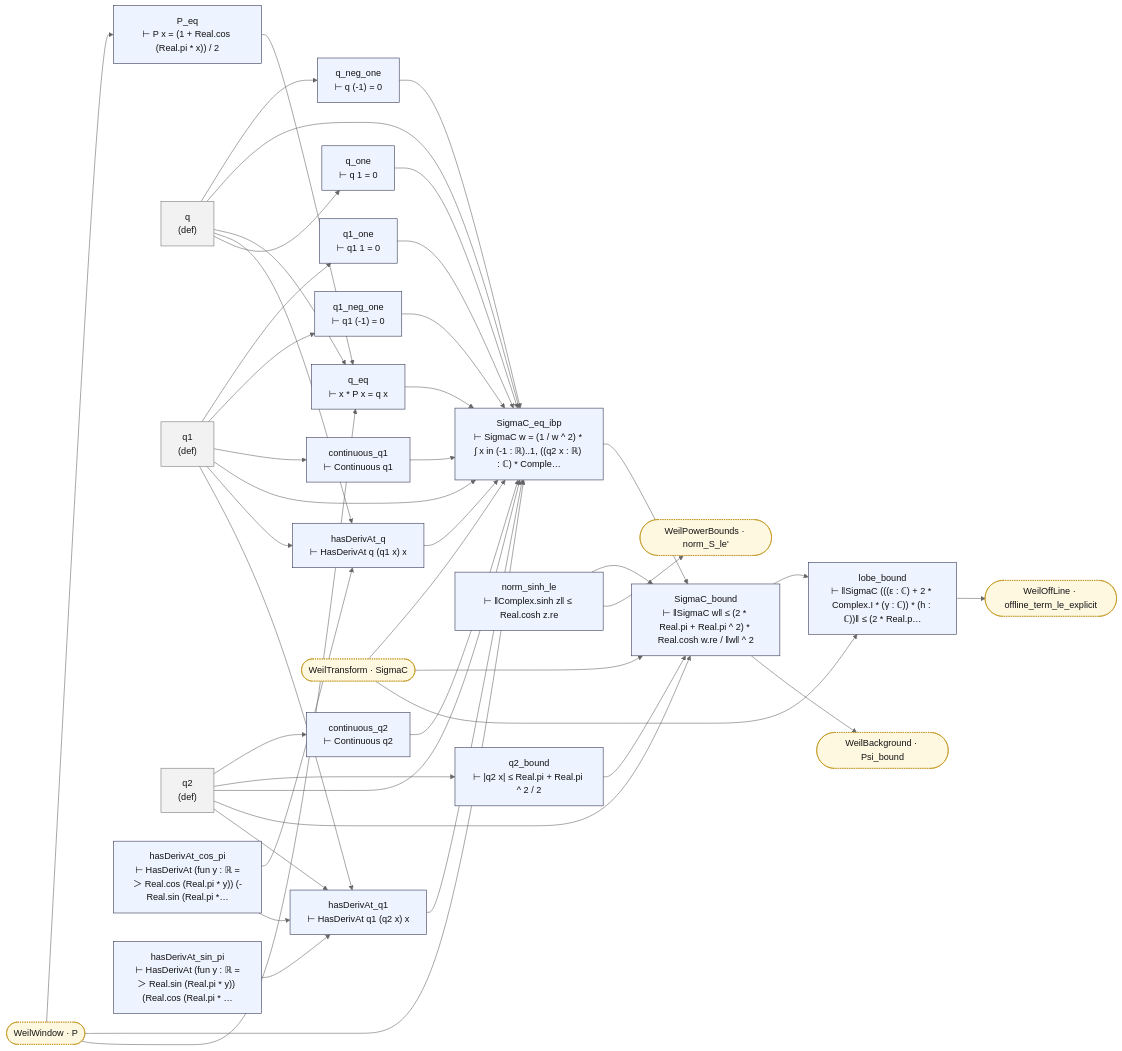
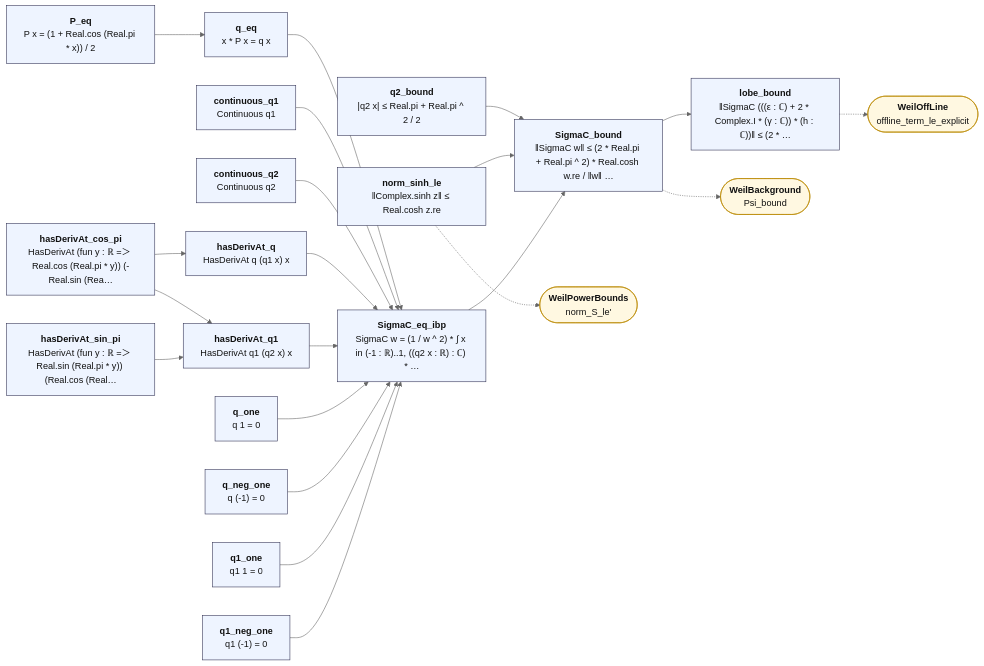
Before and after one commit to juliansambranojr/Primebeat_081426: the diagram in map/lean_stage3/WeilLobe.md, drawn with Mermaid (neutral theme). The commit also changed other lines of this file and 387 other files, not shown here.

````diff
--- a/map/lean_stage3/WeilLobe.md
+++ b/map/lean_stage3/WeilLobe.md
@@ -8,76 +12,48 @@
 ```mermaid
 flowchart LR
-  n0["P_eq<br/>⊢ P x = (1 + Real.cos (Real.pi * x)) / 2"]:::thm
-  n1["q<br/>(def)"]:::dfn
-  n2["q1<br/>(def)"]:::dfn
-  n3["q2<br/>(def)"]:::dfn
-  n4["q_eq<br/>⊢ x * P x = q x"]:::thm
-  n5["hasDerivAt_cos_pi<br/>⊢ HasDerivAt (fun y : ℝ =＞ Real.cos (Real.pi * y)) (-Real.sin (Real.pi *…"]:::thm
-  n6["hasDerivAt_sin_pi<br/>⊢ HasDerivAt (fun y : ℝ =＞ Real.sin (Real.pi * y)) (Real.cos (Real.pi * …"]:::thm
-  n7["hasDerivAt_q<br/>⊢ HasDerivAt q (q1 x) x"]:::thm
-  n8["hasDerivAt_q1<br/>⊢ HasDerivAt q1 (q2 x) x"]:::thm
-  n9["q_one<br/>⊢ q 1 = 0"]:::thm
-  n10["q_neg_one<br/>⊢ q (-1) = 0"]:::thm
-  n11["q1_one<br/>⊢ q1 1 = 0"]:::thm
-  n12["q1_neg_one<br/>⊢ q1 (-1) = 0"]:::thm
-  n13["continuous_q1<br/>⊢ Continuous q1"]:::thm
-  n14["continuous_q2<br/>⊢ Continuous q2"]:::thm
-  n15["q2_bound<br/>⊢ |q2 x| ≤ Real.pi + Real.pi ^ 2 / 2"]:::thm
-  n16["norm_sinh_le<br/>⊢ ‖Complex.sinh z‖ ≤ Real.cosh z.re"]:::thm
-  n17["SigmaC_eq_ibp<br/>⊢ SigmaC w = (1 / w ^ 2) * ∫ x in (-1 : ℝ)..1, ((q2 x : ℝ) : ℂ) * Comple…"]:::thm
-  n18["SigmaC_bound<br/>⊢ ‖SigmaC w‖ ≤ (2 * Real.pi + Real.pi ^ 2) * Real.cosh w.re / ‖w‖ ^ 2"]:::thm
-  n19["lobe_bound<br/>⊢ ‖SigmaC (((ε : ℂ) + 2 * Complex.I * (γ : ℂ)) * (h : ℂ))‖ ≤ (2 * Real.p…"]:::thm
-  x0(["WeilBackground · Psi_bound"]):::ext
-  x1(["WeilOffLine · offline_term_le_explicit"]):::ext
-  x2(["WeilPowerBounds · norm_S_le'"]):::ext
-  x3(["WeilTransform · SigmaC"]):::ext
-  x4(["WeilWindow · P"]):::ext
-  n0 --> n4
-  n1 --> n10
-  n1 --> n17
-  n1 --> n4
-  n1 --> n7
-  n1 --> n9
-  n10 --> n17
-  n11 --> n17
-  n12 --> n17
-  n13 --> n17
-  n14 --> n17
-  n15 --> n18
-  n16 --> n18
-  n16 --> x2
-  n17 --> n18
-  n18 --> n19
-  n18 --> x0
-  n19 --> x1
-  n2 --> n11
-  n2 --> n12
-  n2 --> n13
-  n2 --> n17
-  n2 --> n7
-  n2 --> n8
-  n3 --> n14
-  n3 --> n15
-  n3 --> n17
-  n3 --> n18
-  n3 --> n8
-  n4 --> n17
-  n5 --> n7
-  n5 --> n8
-  n6 --> n8
-  n7 --> n17
-  n8 --> n17
-  n9 --> n17
-  x3 --> n17
-  x3 --> n18
-  x3 --> n19
-  x4 --> n0
-  x4 --> n17
-  x4 --> n4
+  n0["<b>P_eq</b><br/>P x = (1 + Real.cos (Real.pi * x)) / 2"]:::thm
+  n1["<b>q_eq</b><br/>x * P x = q x"]:::thm
+  n2["<b>hasDerivAt_cos_pi</b><br/>HasDerivAt (fun y : ℝ =＞ Real.cos (Real.pi * y)) (-Real.sin (Rea…"]:::thm
+  n3["<b>hasDerivAt_sin_pi</b><br/>HasDerivAt (fun y : ℝ =＞ Real.sin (Real.pi * y)) (Real.cos (Real…"]:::thm
+  n4["<b>hasDerivAt_q</b><br/>HasDerivAt q (q1 x) x"]:::thm
+  n5["<b>hasDerivAt_q1</b><br/>HasDerivAt q1 (q2 x) x"]:::thm
+  n6["<b>q_one</b><br/>q 1 = 0"]:::thm
+  n7["<b>q_neg_one</b><br/>q (-1) = 0"]:::thm
+  n8["<b>q1_one</b><br/>q1 1 = 0"]:::thm
+  n9["<b>q1_neg_one</b><br/>q1 (-1) = 0"]:::thm
+  n10["<b>continuous_q1</b><br/>Continuous q1"]:::thm
+  n11["<b>continuous_q2</b><br/>Continuous q2"]:::thm
+  n12["<b>q2_bound</b><br/>|q2 x| ≤ Real.pi + Real.pi ^ 2 / 2"]:::thm
+  n13["<b>norm_sinh_le</b><br/>‖Complex.sinh z‖ ≤ Real.cosh z.re"]:::thm
+  n14["<b>SigmaC_eq_ibp</b><br/>SigmaC w = (1 / w ^ 2) * ∫ x in (-1 : ℝ)..1, ((q2 x : ℝ) : ℂ) * …"]:::thm
+  n15["<b>SigmaC_bound</b><br/>‖SigmaC w‖ ≤ (2 * Real.pi + Real.pi ^ 2) * Real.cosh w.re / ‖w‖ …"]:::thm
+  n16["<b>lobe_bound</b><br/>‖SigmaC (((ε : ℂ) + 2 * Complex.I * (γ : ℂ)) * (h : ℂ))‖ ≤ (2 * …"]:::thm
+  x0(["<b>WeilPowerBounds</b><br/>norm_S_le'"]):::ext
+  x1(["<b>WeilBackground</b><br/>Psi_bound"]):::ext
+  x2(["<b>WeilOffLine</b><br/>offline_term_le_explicit"]):::ext
+  n0 --> n1
+  n1 --> n14
+  n10 --> n14
+  n11 --> n14
+  n12 --> n15
+  n13 --> n15
+  n14 --> n15
+  n15 --> n16
+  n2 --> n4
+  n2 --> n5
+  n3 --> n5
+  n4 --> n14
+  n5 --> n14
+  n6 --> n14
+  n7 --> n14
+  n8 --> n14
+  n9 --> n14
+  n13 -.-> x0
+  n15 -.-> x1
+  n16 -.-> x2
   classDef thm fill:#eef4ff,stroke:#335,color:#111
-  classDef dfn fill:#f2f2f2,stroke:#777,color:#111
   classDef end_ fill:#e7f7e7,stroke:#2a7,color:#111,stroke-width:2px
   classDef lone fill:#fff,stroke:#999,color:#111,stroke-dasharray:4 3
   classDef bad fill:#ffe5e5,stroke:#c22,color:#111,stroke-width:2px
-  classDef ext fill:#fff8e1,stroke:#b80,color:#111,stroke-dasharray:2 2
+  classDef ext fill:#fff8e1,stroke:#b80,color:#111
 ```
````
